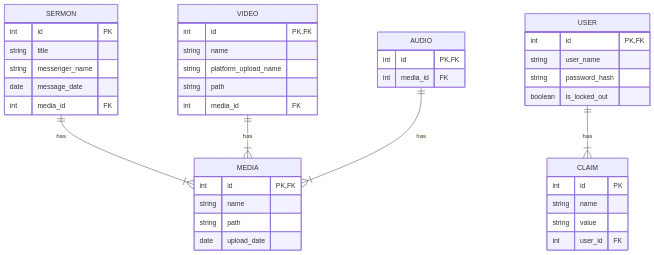
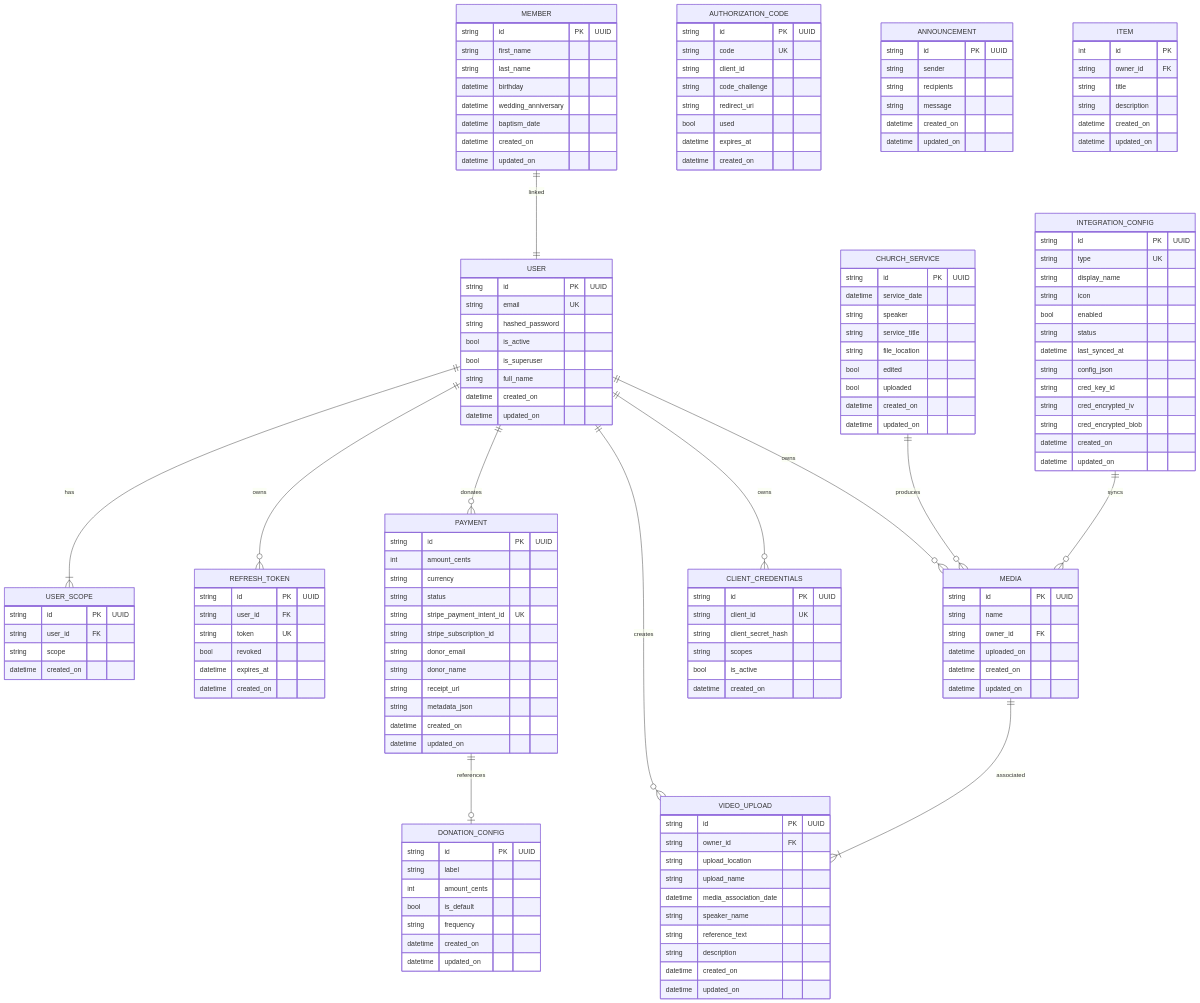
The diagram in erDiagram.mmd (humilissw/apostolic-faith-sacramento), drawn with Mermaid before and after one commit. The commit also changed 1 other file, not shown here.

```diff
--- a/erDiagram.mmd
+++ b/erDiagram.mmd
@@ -1,47 +1,177 @@
 erDiagram
 %% ||: One and only one.
-%% |{: One or many (often used for the "many" side of one-to-many).
-%% O{: Zero or many (also common for "many" side).
+%% |{: One or many.
+%% O{: Zero or many.
 %% O|: Zero or one.
-    %% relationships
-    SERMON ||--|{ MEDIA : has
-    VIDEO ||--|{ MEDIA : has
-    AUDIO ||--|{ MEDIA : has
-    USER ||--|{ CLAIM : has
-    %% entities
-    SERMON {
+
+    %% Core domain entities
+    USER ||--|{ USER_SCOPE : has
+    USER ||--o{ REFRESH_TOKEN : owns
+    USER ||--o{ PAYMENT : donates
+    USER ||--o{ VIDEO_UPLOAD : creates
+    USER ||--o{ MEDIA : owns
+    USER ||--o{ CLIENT_CREDENTIALS : owns
+
+    MEDIA ||--|{ VIDEO_UPLOAD : associated
+    CHURCH_SERVICE ||--o{ MEDIA : produces
+    MEMBER ||--|| USER : linked
+
+    PAYMENT ||--o| DONATION_CONFIG : references
+    INTEGRATION_CONFIG ||--o{ MEDIA : syncs
+
+    %% Users
+    USER {
+        string id PK "UUID"
+        string email UK
+        string hashed_password
+        bool is_active
+        bool is_superuser
+        string full_name
+        datetime created_on
+        datetime updated_on
+    }
+
+    USER_SCOPE {
+        string id PK "UUID"
+        string user_id FK
+        string scope
+        datetime created_on
+    }
+
+    REFRESH_TOKEN {
+        string id PK "UUID"
+        string user_id FK
+        string token UK
+        bool revoked
+        datetime expires_at
+        datetime created_on
+    }
+
+    CLIENT_CREDENTIALS {
+        string id PK "UUID"
+        string client_id UK
+        string client_secret_hash
+        string scopes
+        bool is_active
+        datetime created_on
+    }
+
+    AUTHORIZATION_CODE {
+        string id PK "UUID"
+        string code UK
+        string client_id
+        string code_challenge
+        string redirect_uri
+        bool used
+        datetime expires_at
+        datetime created_on
+    }
+
+    %% Media
+    MEDIA {
+        string id PK "UUID"
+        string name
+        string owner_id FK
+        datetime uploaded_on
+        datetime created_on
+        datetime updated_on
+    }
+
+    VIDEO_UPLOAD {
+        string id PK "UUID"
+        string owner_id FK
+        string upload_location
+        string upload_name
+        datetime media_association_date
+        string speaker_name
+        string reference_text
+        string description
+        datetime created_on
+        datetime updated_on
+    }
+
+    %% Church
+    MEMBER {
+        string id PK "UUID"
+        string first_name
+        string last_name
+        datetime birthday
+        datetime wedding_anniversary
+        datetime baptism_date
+        datetime created_on
+        datetime updated_on
+    }
+
+    CHURCH_SERVICE {
+        string id PK "UUID"
+        datetime service_date
+        string speaker
+        string service_title
+        string file_location
+        bool edited
+        bool uploaded
+        datetime created_on
+        datetime updated_on
+    }
+
+    ANNOUNCEMENT {
+        string id PK "UUID"
+        string sender
+        string recipients
+        string message
+        datetime created_on
+        datetime updated_on
+    }
+
+    %% Payments
+    PAYMENT {
+        string id PK "UUID"
+        int amount_cents
+        string currency
+        string status
+        string stripe_payment_intent_id UK
+        string stripe_subscription_id
+        string donor_email
+        string donor_name
+        string receipt_url
+        string metadata_json
+        datetime created_on
+        datetime updated_on
+    }
+
+    DONATION_CONFIG {
+        string id PK "UUID"
+        string label
+        int amount_cents
+        bool is_default
+        string frequency
+        datetime created_on
+        datetime updated_on
+    }
+
+    %% Integrations
+    INTEGRATION_CONFIG {
+        string id PK "UUID"
+        string type UK
+        string display_name
+        string icon
+        bool enabled
+        string status
+        datetime last_synced_at
+        string config_json
+        string cred_key_id
+        string cred_encrypted_iv
+        string cred_encrypted_blob
+        datetime created_on
+        datetime updated_on
+    }
+
+    %% Legacy / utility
+    ITEM {
         int id PK
+        string owner_id FK
         string title
-        string messenger_name
-        date message_date
-        int media_id FK
+        string description
+        datetime created_on
+        datetime updated_on
     }
-    MEDIA {
-        int id PK, FK
-        string name
-        string path
-        date upload_date
-    }
-    VIDEO {
-        int id PK, FK
-        string name
-        string platform_upload_name
-        string path
-        int media_id FK
-    }
-    AUDIO {
-        int id PK, FK
-        int media_id FK
-    }
-    USER {
-        int id PK, FK
-        string user_name
-        string password_hash
-        boolean is_locked_out
-    }
-    CLAIM {
-        int id PK
-        string name
-        string value
-        int user_id FK
-    }
```
